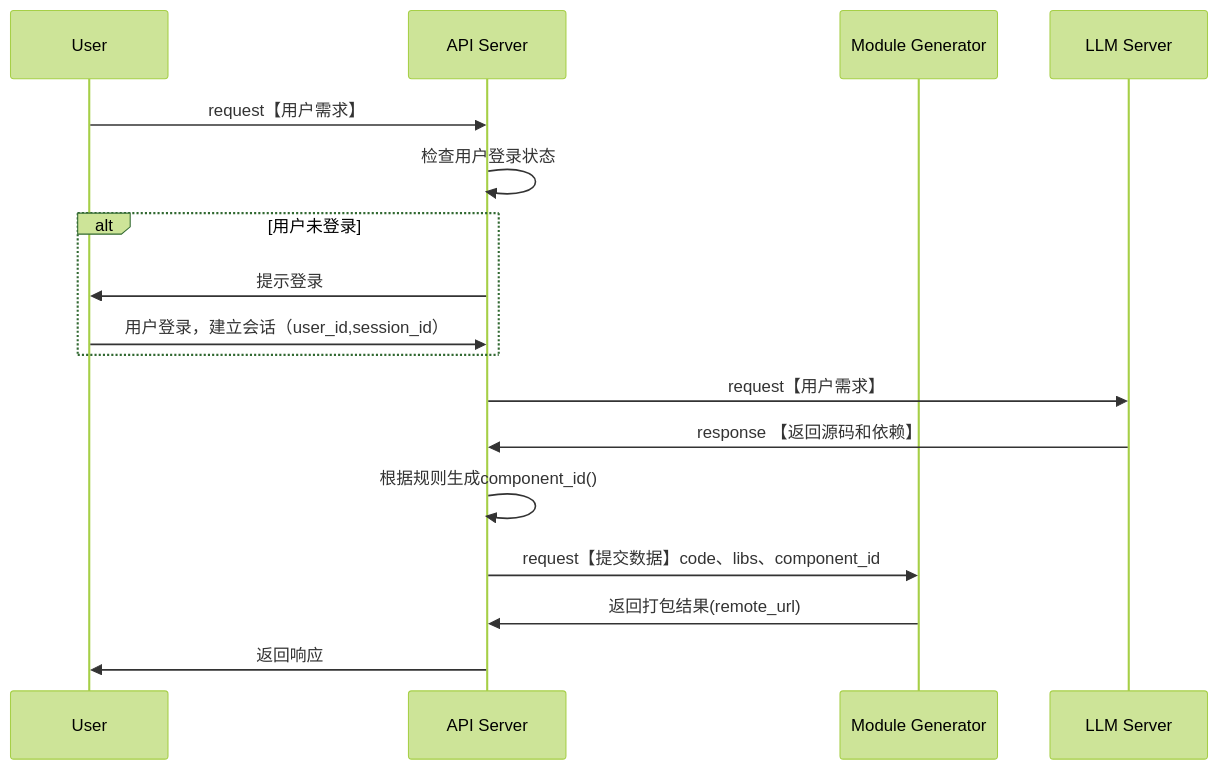
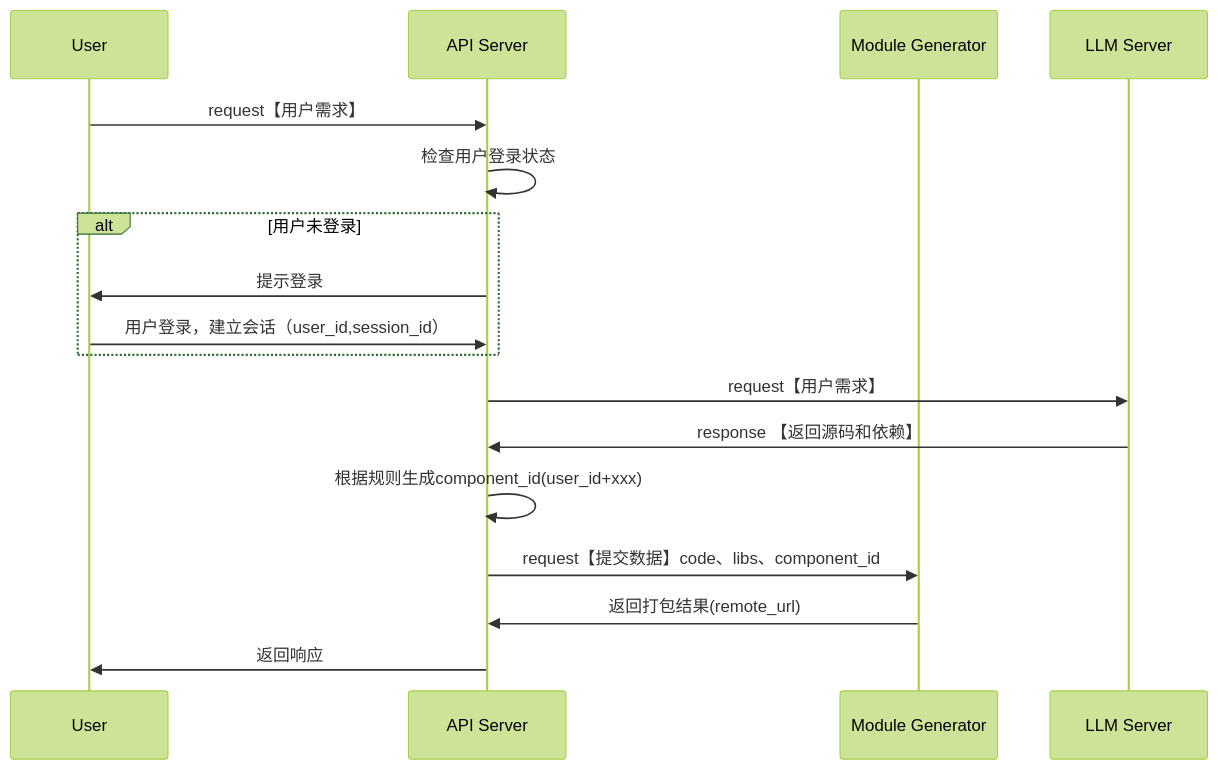
Before and after one commit to yingjianzh/iodraw-files: the diagram in all/未命名-7.md, drawn with Mermaid (forest theme).

Commit message:
2024-10-08 16:02:28 update

````diff
--- a/all/未命名-7.md
+++ b/all/未命名-7.md
@@ -1,23 +1,23 @@
 ```mermaid
 sequenceDiagram
     participant User
     participant API Server
     participant Module Generator
     participant LLM Server
 
     User->>API Server: request【用户需求】
     API Server->>API Server: 检查用户登录状态
     alt 用户未登录
         API Server->>User: 提示登录
         User->>API Server: 用户登录，建立会话（user_id,session_id）
     end
 
     API Server->>LLM Server: request【用户需求】
     LLM Server->>API Server: response 【返回源码和依赖】
-    API Server->>API Server: 根据规则生成component_id()
+    API Server->>API Server: 根据规则生成component_id(user_id+xxx)
     API Server->>Module Generator: request【提交数据】code、libs、component_id
     Module Generator->>API Server: 返回打包结果(remote_url)
 
     API Server->>User: 返回响应
 
 ```
````
